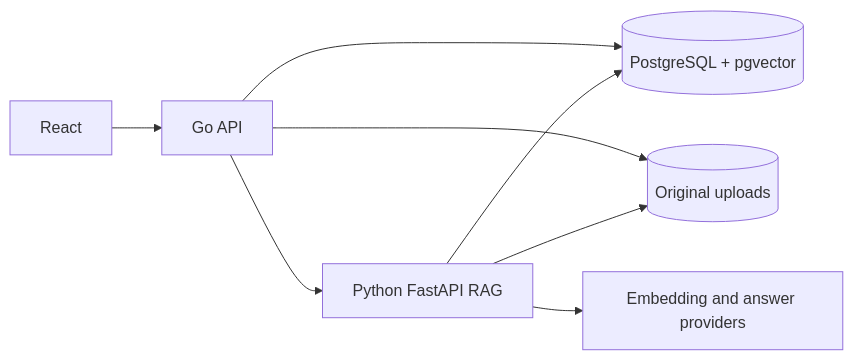
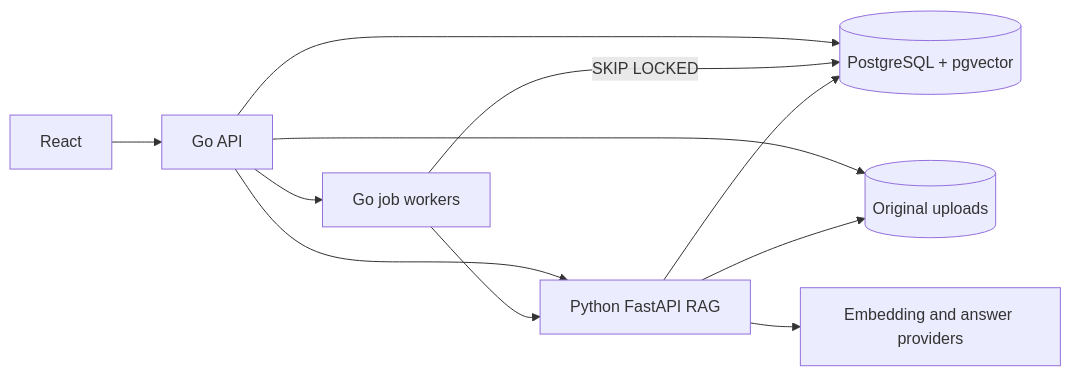
The diagram in README.md (vmc6g8p2tk-lab/enterprise-ai-knowledge-platform), drawn with Mermaid before and after one commit. The commit also changed other lines of this file and 14 other files, not shown here.

Commit message:
docs: record Phase 3 architecture, security and validation

````diff
--- a/README.md
+++ b/README.md
@@ -50,10 +51,13 @@
 ```mermaid
 flowchart LR
     UI[React] --> API[Go API]
     API --> DB[(PostgreSQL + pgvector)]
     API --> Volume[(Original uploads)]
     API --> RAG[Python FastAPI RAG]
+    API --> Workers[Go job workers]
+    Workers -->|SKIP LOCKED| DB
+    Workers --> RAG
     RAG --> Volume
     RAG --> DB
     RAG --> Providers[Embedding and answer providers]
 ```
````
